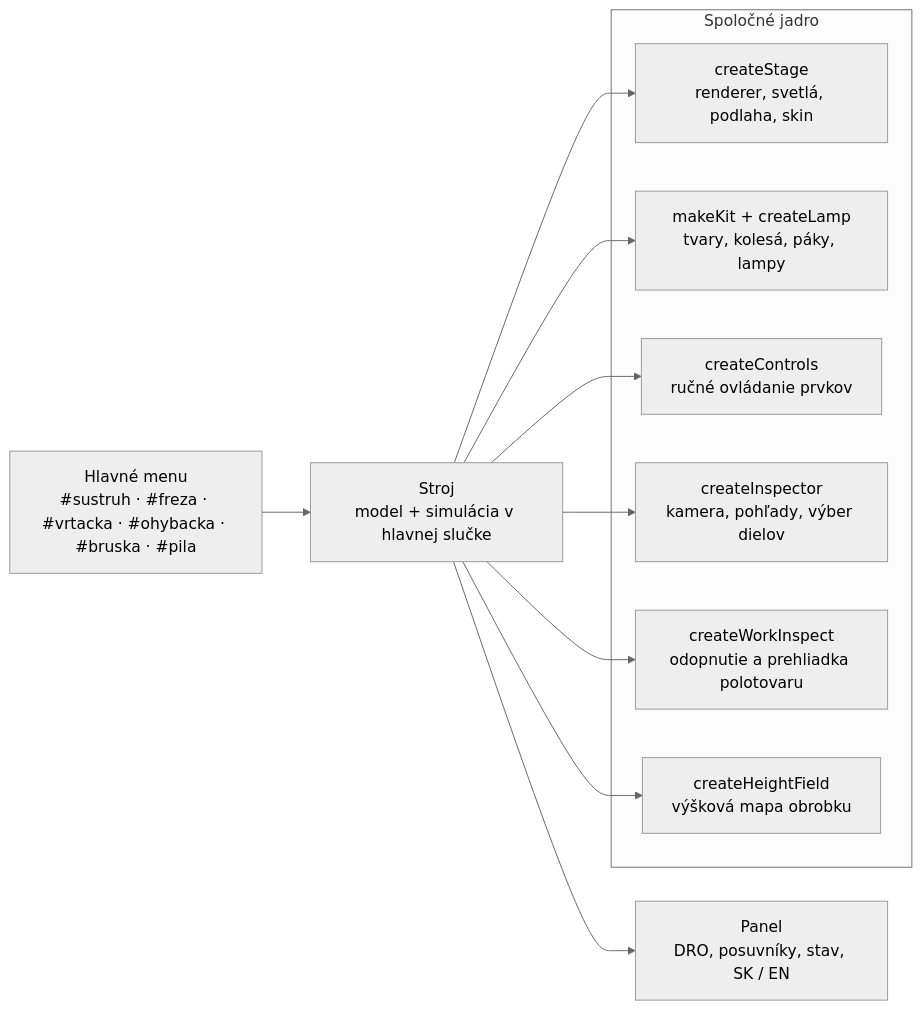
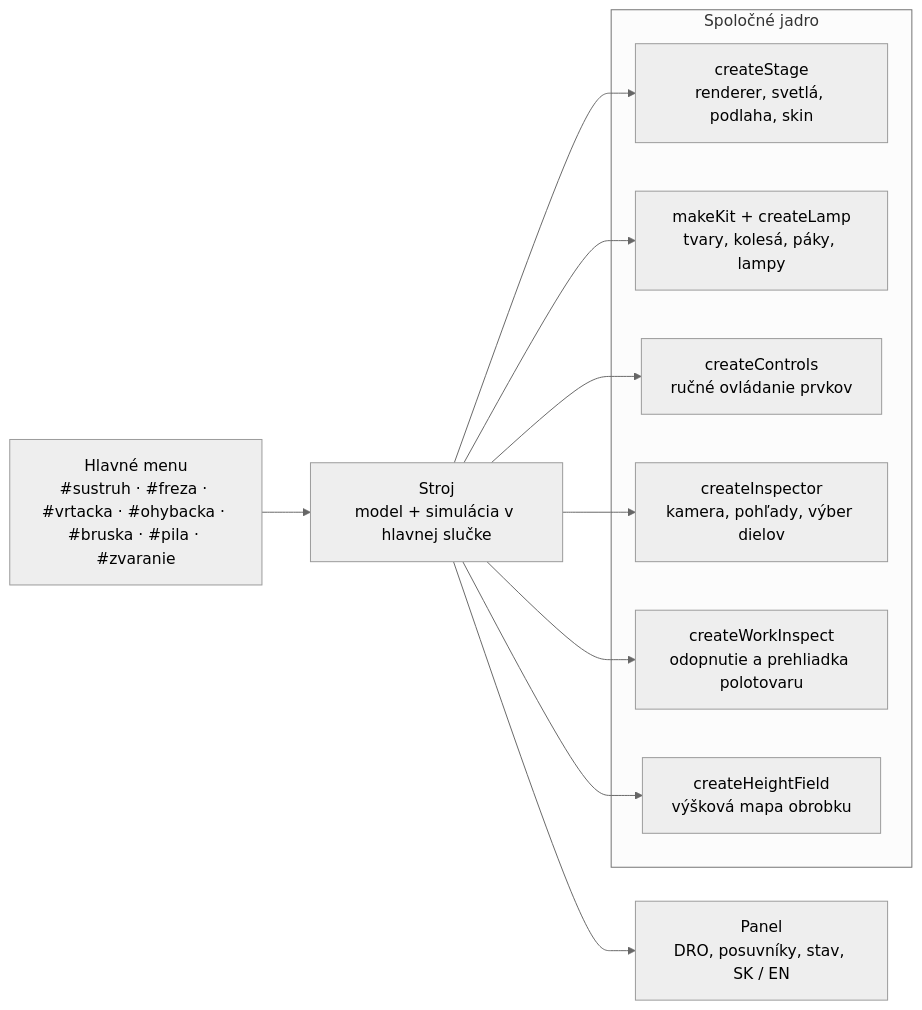
The diagram in README.md (bucala/Real-machine-tools), drawn with Mermaid (neutral theme) before and after one commit. The commit also changed other lines of this file and 5 other files, not shown here.

````diff
--- a/README.md
+++ b/README.md
@@ -103,14 +122,14 @@
 ```mermaid
 flowchart LR
-  menu["Hlavné menu<br/>#sustruh · #freza · #vrtacka · #ohybacka · #bruska · #pila"] --> machine
+  menu["Hlavné menu<br/>#sustruh · #freza · #vrtacka · #ohybacka · #bruska · #pila · #zvaranie"] --> machine
   subgraph core["Spoločné jadro"]
     stage["createStage<br/>renderer, svetlá, podlaha, skin"]
     kit["makeKit + createLamp<br/>tvary, kolesá, páky, lampy"]
     ctrl["createControls<br/>ručné ovládanie prvkov"]
     insp["createInspector<br/>kamera, pohľady, výber dielov"]
     wi["createWorkInspect<br/>odopnutie a prehliadka polotovaru"]
     hf["createHeightField<br/>výšková mapa obrobku"]
   end
   machine["Stroj<br/>model + simulácia v hlavnej slučke"] --> stage & kit & ctrl & insp & wi & hf
   machine --> panel["Panel<br/>DRO, posuvníky, stav, SK / EN"]
 ```
````
